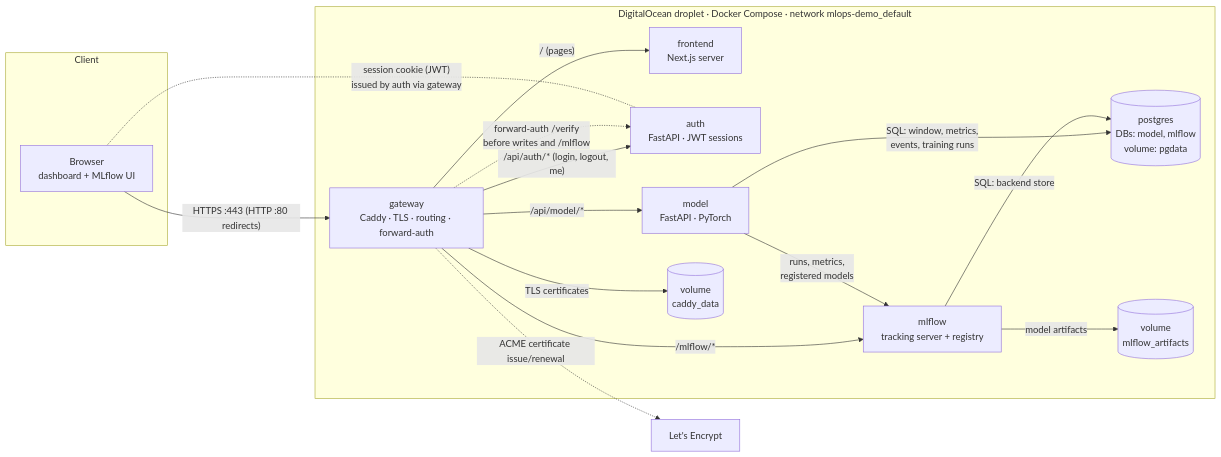
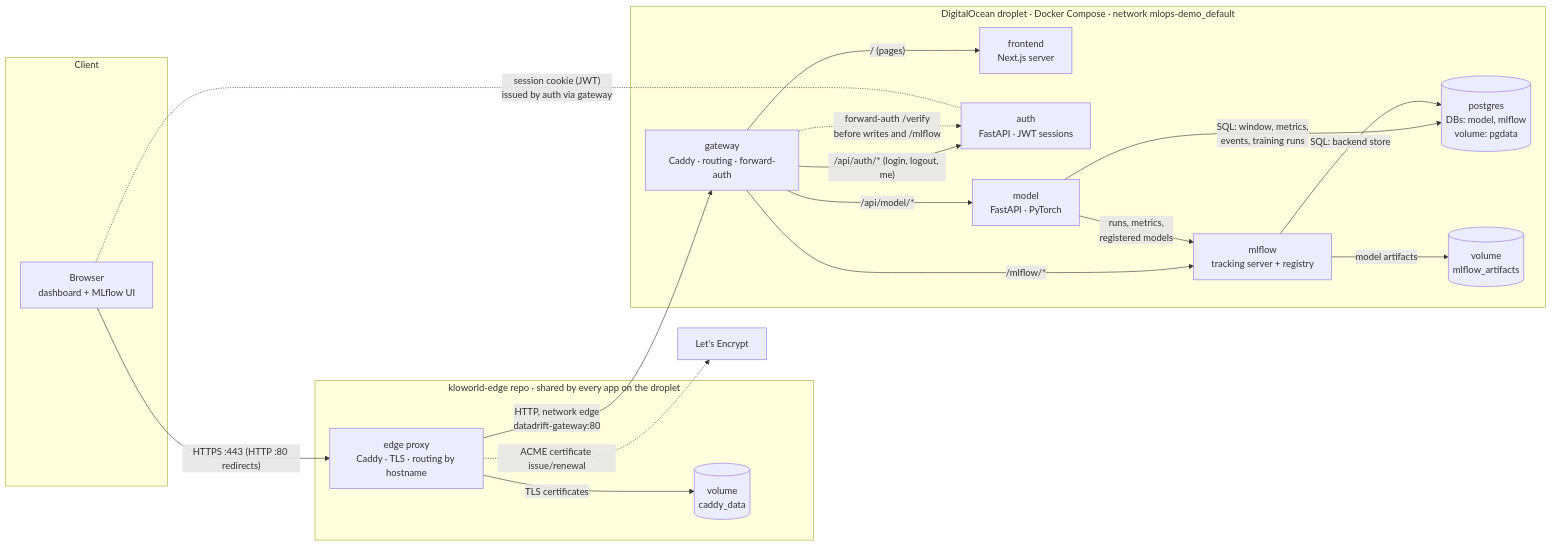
One commit to ko222uky/data-drift-simulator changed the second of 2 diagrams in README.md. Above: the diagram before and after it, drawn with Mermaid. The commit also changed other lines of this file and 12 other files, not shown here.

First line of the commit message:
feat(deploy): serve the app behind the shared kloworld-edge HTTPS proxy

````diff
--- a/README.md
+++ b/README.md
@@ -48,33 +48,38 @@
 ```mermaid
 flowchart LR
     subgraph Client["Client"]
         UI["Browser<br/>dashboard + MLflow UI"]
     end
 
+    subgraph Edge["kloworld-edge repo · shared by every app on the droplet"]
+        EDGE["edge proxy<br/>Caddy · TLS · routing by hostname"]
+        CERTS[("volume<br/>caddy_data")]
+    end
+
     subgraph Host["DigitalOcean droplet · Docker Compose · network mlops-demo_default"]
-        GW["gateway<br/>Caddy · TLS · routing · forward-auth"]
+        GW["gateway<br/>Caddy · routing · forward-auth"]
         FE["frontend<br/>Next.js server"]
         AUTH["auth<br/>FastAPI · JWT sessions"]
         MODEL["model<br/>FastAPI · PyTorch"]
         MLF["mlflow<br/>tracking server + registry"]
         PG[("postgres<br/>DBs: model, mlflow<br/>volume: pgdata")]
         ART[("volume<br/>mlflow_artifacts")]
-        CERTS[("volume<br/>caddy_data")]
     end
 
     LE["Let's Encrypt"]
 
-    UI -- "HTTPS :443 (HTTP :80 redirects)" --> GW
+    UI -- "HTTPS :443 (HTTP :80 redirects)" --> EDGE
+    EDGE -- "HTTP, network edge<br/>datadrift-gateway:80" --> GW
     GW -- "/ (pages)" --> FE
     GW -- "/api/auth/* (login, logout, me)" --> AUTH
     GW -. "forward-auth /verify<br/>before writes and /mlflow" .-> AUTH
     GW -- "/api/model/*" --> MODEL
     GW -- "/mlflow/*" --> MLF
     UI -. "session cookie (JWT)<br/>issued by auth via gateway" .- AUTH
     MODEL -- "runs, metrics,<br/>registered models" --> MLF
     MODEL -- "SQL: window, metrics,<br/>events, training runs" --> PG
     MLF -- "SQL: backend store" --> PG
     MLF -- "model artifacts" --> ART
-    GW -- "TLS certificates" --> CERTS
-    GW -. "ACME certificate issue/renewal" .-> LE
+    EDGE -- "TLS certificates" --> CERTS
+    EDGE -. "ACME certificate issue/renewal" .-> LE
 ```
````
